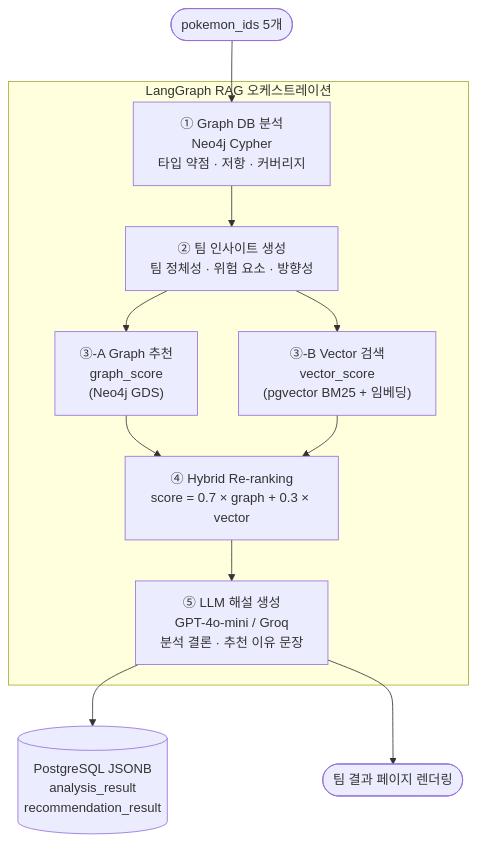
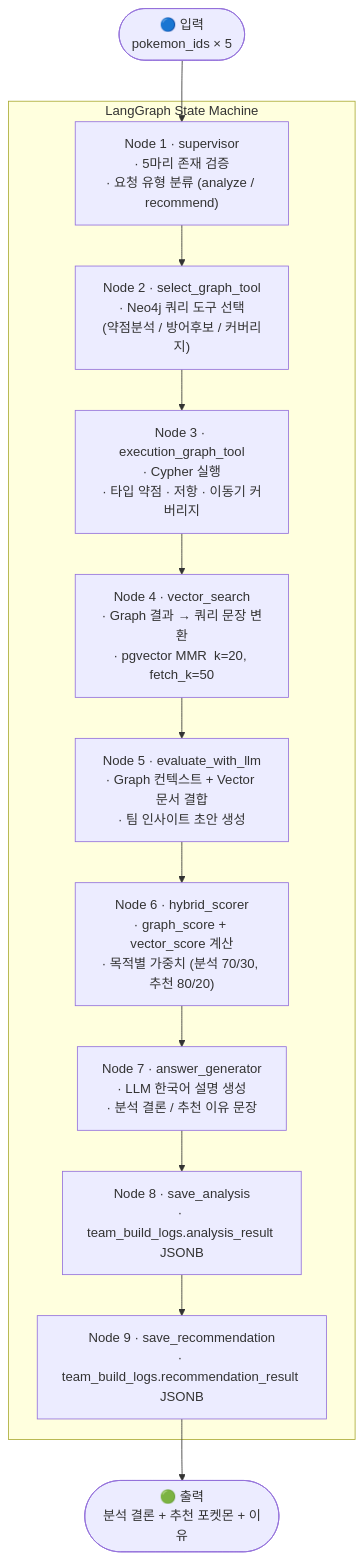
One commit to SKNETWORKS-FAMILY-AICAMP/SKN27-3rd-3TEAM changed the first of 7 diagrams in wiki/AI-Pipeline.md. Above: the diagram before and after it, drawn with Mermaid. The commit also changed other lines of this file and 13 other files, not shown here.

````diff
--- a/wiki/AI-Pipeline.md
+++ b/wiki/AI-Pipeline.md
@@ -11,19 +38,20 @@
 ```mermaid
 flowchart TD
-    Input([pokemon_ids 5개]) --> GraphAnalysis
+    IN(["🔵 입력\npokemon_ids × 5"])
 
-    subgraph LangGraph["LangGraph RAG 오케스트레이션"]
-        GraphAnalysis["① Graph DB 분석\nNeo4j Cypher\n타입 약점 · 저항 · 커버리지"] --> Insight["② 팀 인사이트 생성\n팀 정체성 · 위험 요소 · 방향성"]
-
-        Insight --> GR["③-A Graph 추천\ngraph_score\n(Neo4j GDS)"]
-        Insight --> VS["③-B Vector 검색\nvector_score\n(pgvector BM25 + 임베딩)"]
-
-        GR --> Rerank["④ Hybrid Re-ranking\nscore = 0.7 × graph + 0.3 × vector"]
-        VS --> Rerank
-
-        Rerank --> LLM["⑤ LLM 해설 생성\nGPT-4o-mini / Groq\n분석 결론 · 추천 이유 문장"]
+    subgraph LG["LangGraph State Machine"]
+        N1["Node 1 · supervisor\n· 5마리 존재 검증\n· 요청 유형 분류 (analyze / recommend)"]
+        N2["Node 2 · select_graph_tool\n· Neo4j 쿼리 도구 선택\n(약점분석 / 방어후보 / 커버리지)"]
+        N3["Node 3 · execution_graph_tool\n· Cypher 실행\n· 타입 약점 · 저항 · 이동기 커버리지"]
+        N4["Node 4 · vector_search\n· Graph 결과 → 쿼리 문장 변환\n· pgvector MMR  k=20, fetch_k=50"]
+        N5["Node 5 · evaluate_with_llm\n· Graph 컨텍스트 + Vector 문서 결합\n· 팀 인사이트 초안 생성"]
+        N6["Node 6 · hybrid_scorer\n· graph_score + vector_score 계산\n· 목적별 가중치 (분석 70/30, 추천 80/20)"]
+        N7["Node 7 · answer_generator\n· LLM 한국어 설명 생성\n· 분석 결론 / 추천 이유 문장"]
+        N8["Node 8 · save_analysis\n· team_build_logs.analysis_result JSONB"]
+        N9["Node 9 · save_recommendation\n· team_build_logs.recommendation_result JSONB"]
     end
 
-    LLM --> Save[("PostgreSQL JSONB\nanalysis_result\nrecommendation_result")]
-    LLM --> Result([팀 결과 페이지 렌더링])
+    OUT(["🟢 출력\n분석 결론 + 추천 포켓몬 + 이유"])
+
+    IN --> N1 --> N2 --> N3 --> N4 --> N5 --> N6 --> N7 --> N8 --> N9 --> OUT
 ```
````
